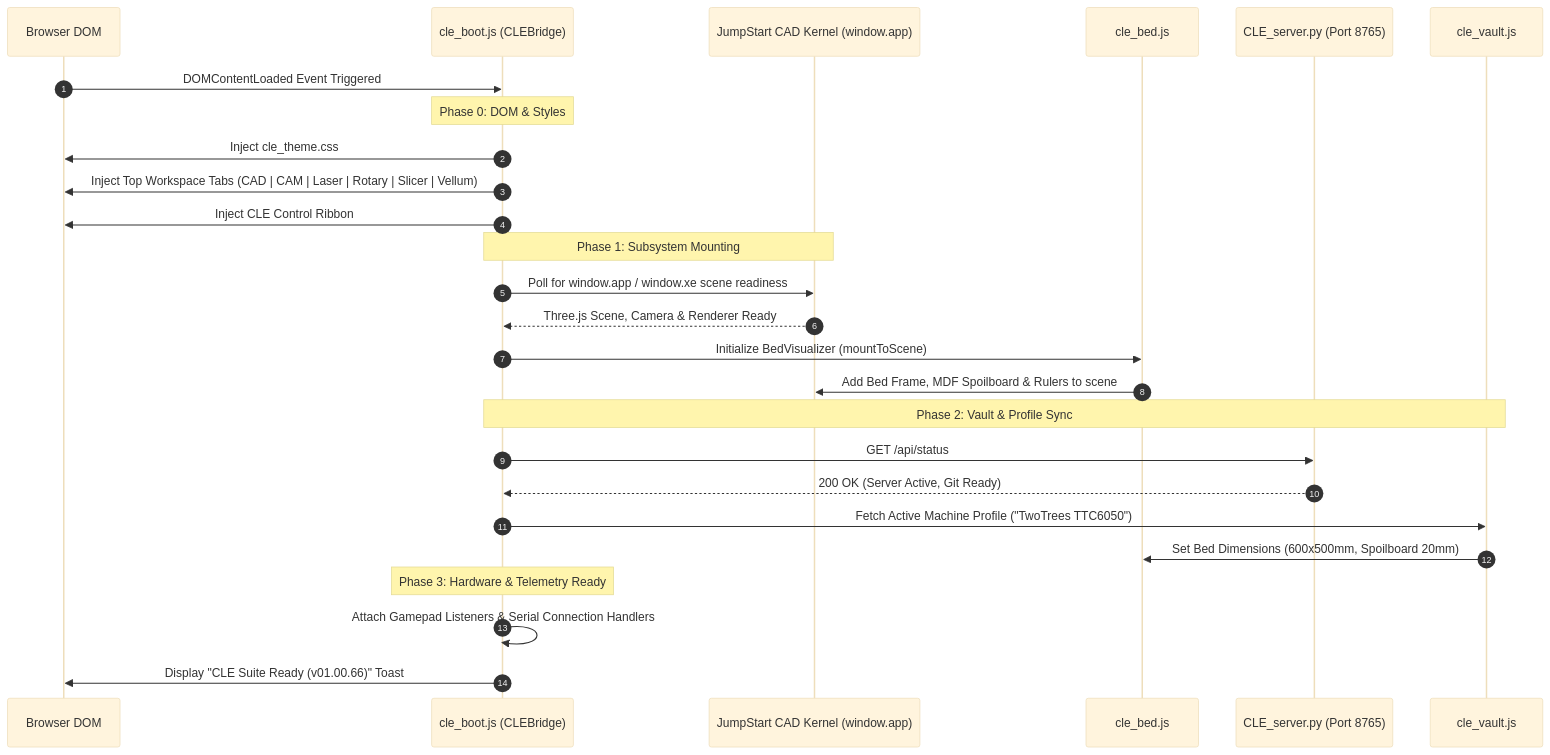
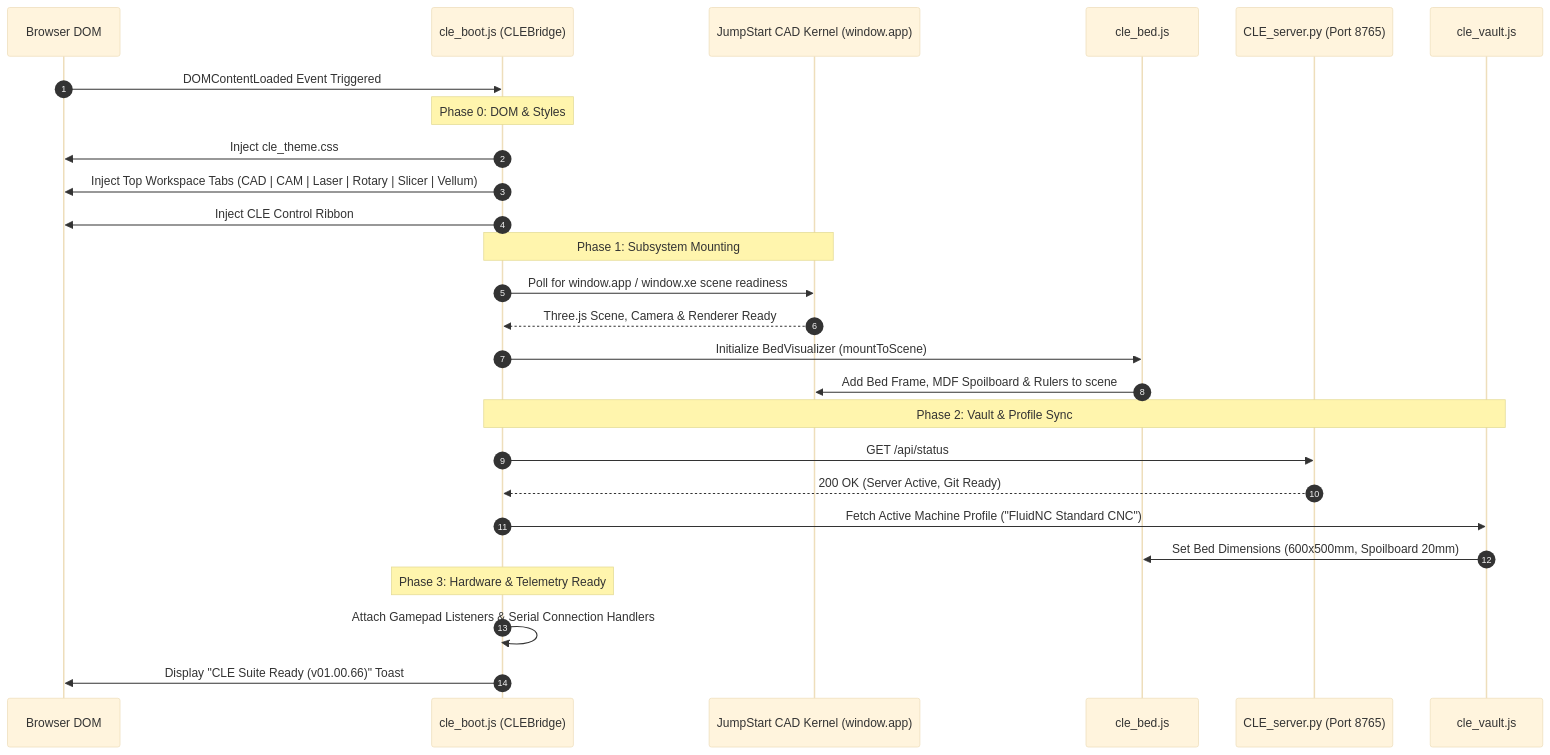
One commit to jbirdlebough1/JSVCLE changed the seventh of 12 diagrams in docs/DEVELOPER_GUIDE.md. Above: the diagram before and after it, drawn with Mermaid (base theme). The commit also changed other lines of this file and 6 other files, not shown here.

````diff
--- a/docs/DEVELOPER_GUIDE.md
+++ b/docs/DEVELOPER_GUIDE.md
@@ -306,32 +442,32 @@
 ```mermaid
 sequenceDiagram
     autonumber
     participant DOM as Browser DOM
     participant Boot as cle_boot.js (CLEBridge)
     participant Kernel as JumpStart CAD Kernel (window.app)
     participant Bed as cle_bed.js
     participant Server as CLE_server.py (Port 8765)
     participant Vault as cle_vault.js
 
     DOM->>Boot: DOMContentLoaded Event Triggered
     Note over Boot: Phase 0: DOM & Styles
     Boot->>DOM: Inject cle_theme.css
     Boot->>DOM: Inject Top Workspace Tabs (CAD | CAM | Laser | Rotary | Slicer | Vellum)
     Boot->>DOM: Inject CLE Control Ribbon
 
     Note over Boot,Kernel: Phase 1: Subsystem Mounting
     Boot->>Kernel: Poll for window.app / window.xe scene readiness
     Kernel-->>Boot: Three.js Scene, Camera & Renderer Ready
     Boot->>Bed: Initialize BedVisualizer (mountToScene)
     Bed->>Kernel: Add Bed Frame, MDF Spoilboard & Rulers to scene
 
     Note over Boot,Vault: Phase 2: Vault & Profile Sync
     Boot->>Server: GET /api/status
     Server-->>Boot: 200 OK (Server Active, Git Ready)
-    Boot->>Vault: Fetch Active Machine Profile ("TwoTrees TTC6050")
+    Boot->>Vault: Fetch Active Machine Profile ("FluidNC Standard CNC")
     Vault->>Bed: Set Bed Dimensions (600x500mm, Spoilboard 20mm)
 
     Note over Boot: Phase 3: Hardware & Telemetry Ready
     Boot->>Boot: Attach Gamepad Listeners & Serial Connection Handlers
     Boot->>DOM: Display "CLE Suite Ready (v01.00.66)" Toast
 ```
````
